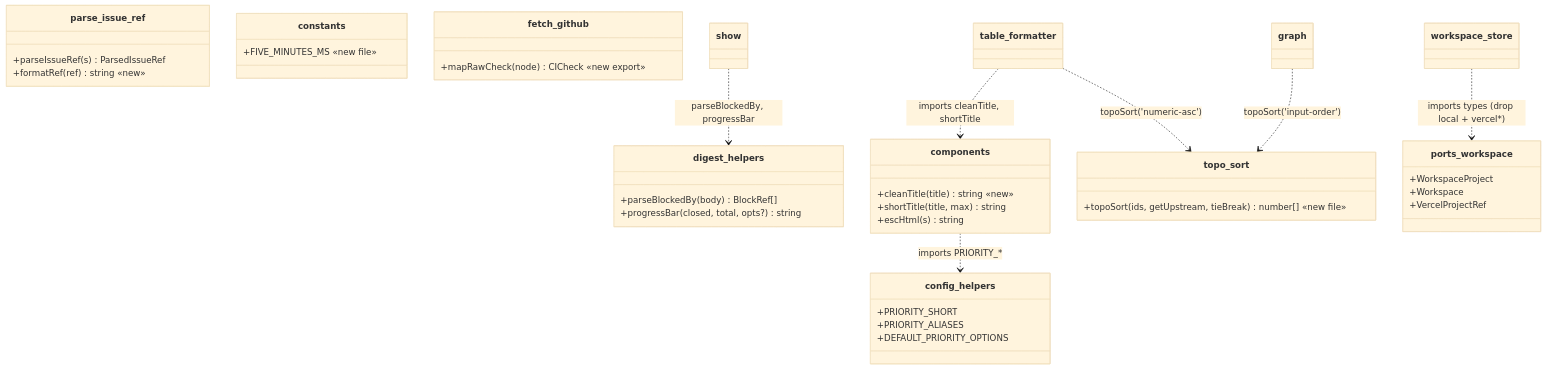
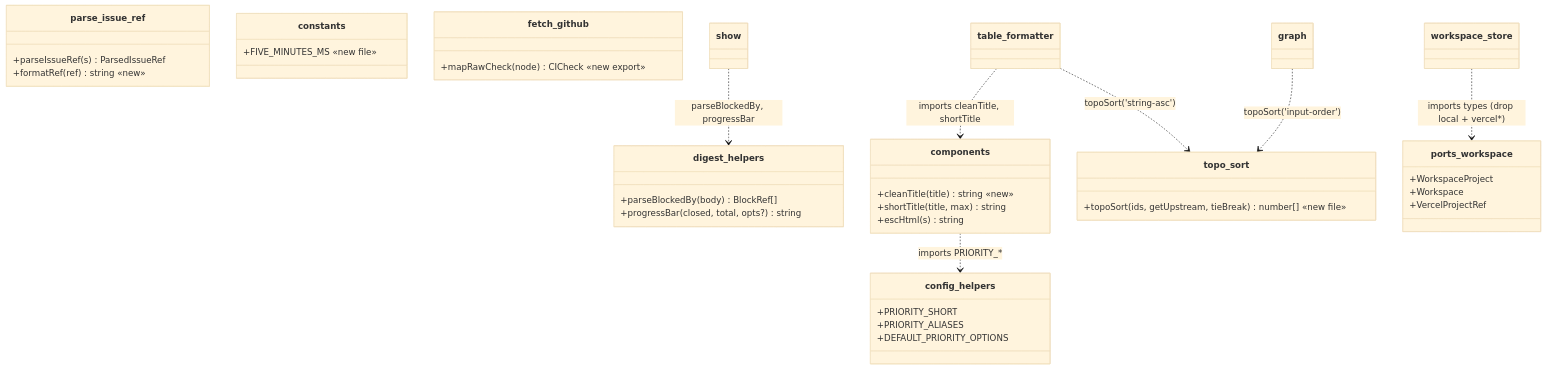
Before and after one commit to Roxabi/roxabi-plugins: the first of 2 diagrams in artifacts/specs/193-extract-shared-ts-helpers-spec.mdx, drawn with Mermaid (base theme). The commit also changed other lines of this file and 6 other files, not shown here.

````diff
--- a/artifacts/specs/193-extract-shared-ts-helpers-spec.mdx
+++ b/artifacts/specs/193-extract-shared-ts-helpers-spec.mdx
@@ -66,45 +66,45 @@
 ```mermaid
 classDiagram
   class digest_helpers {
     +parseBlockedBy(body) BlockRef[]
     +progressBar(closed, total, opts?) string
   }
   class parse_issue_ref {
     +parseIssueRef(s) ParsedIssueRef
     +formatRef(ref) string  «new»
   }
   class components {
     +cleanTitle(title) string  «new»
     +shortTitle(title, max) string
     +escHtml(s) string
   }
   class config_helpers {
     +PRIORITY_SHORT
     +PRIORITY_ALIASES
     +DEFAULT_PRIORITY_OPTIONS
   }
   class constants {
     +FIVE_MINUTES_MS  «new file»
   }
   class topo_sort {
     +topoSort(ids, getUpstream, tieBreak) number[]  «new file»
   }
   class fetch_github {
     +mapRawCheck(node) CICheck  «new export»
   }
   class ports_workspace {
     +WorkspaceProject
     +Workspace
     +VercelProjectRef
   }
   class table_formatter
   class graph
   class show
   class workspace_store
   components ..> config_helpers : imports PRIORITY_*
   table_formatter ..> components : imports cleanTitle, shortTitle
-  table_formatter ..> topo_sort : topoSort('numeric-asc')
+  table_formatter ..> topo_sort : topoSort('string-asc')
   graph ..> topo_sort : topoSort('input-order')
   show ..> digest_helpers : parseBlockedBy, progressBar
   workspace_store ..> ports_workspace : imports types (drop local + vercel*)
 ```
````
